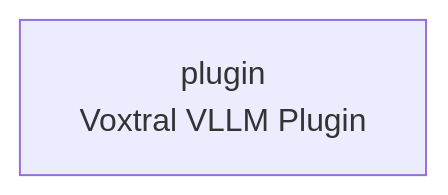
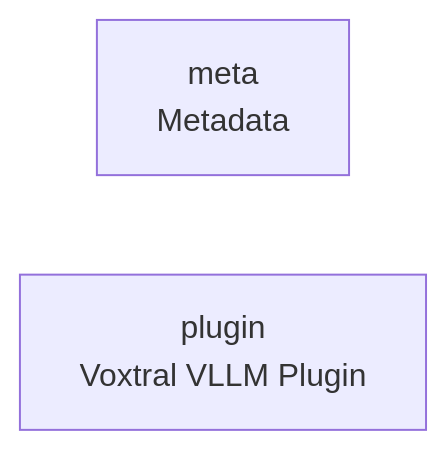
Before and after one commit to cj-mills/cjm-transcription-plugin-voxtral-vllm: the diagram in README.md, drawn with Mermaid. The commit also changed other lines of this file and 7 other files, not shown here.

````diff
--- a/README.md
+++ b/README.md
@@ -21,4 +22,5 @@
 ``` mermaid
 graph LR
+    meta[meta<br/>Metadata]
     plugin[plugin<br/>Voxtral VLLM Plugin]
 ```
````
